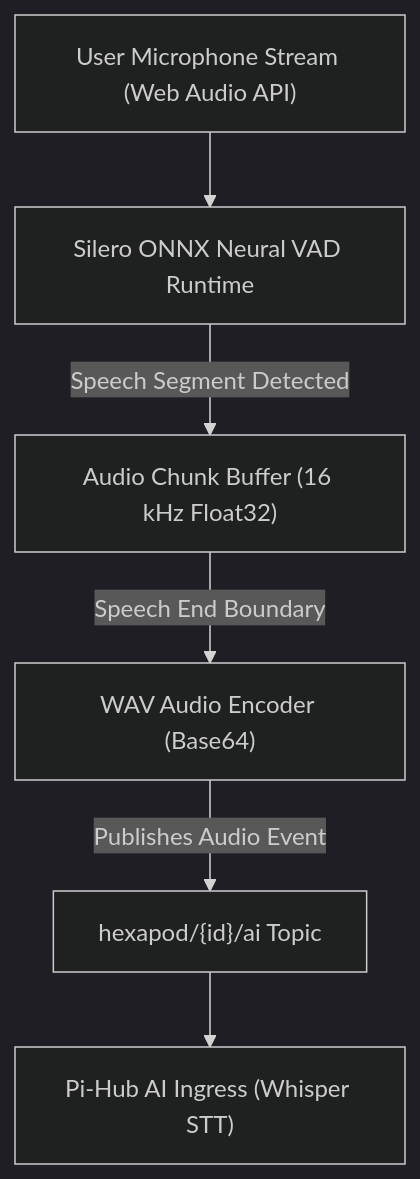
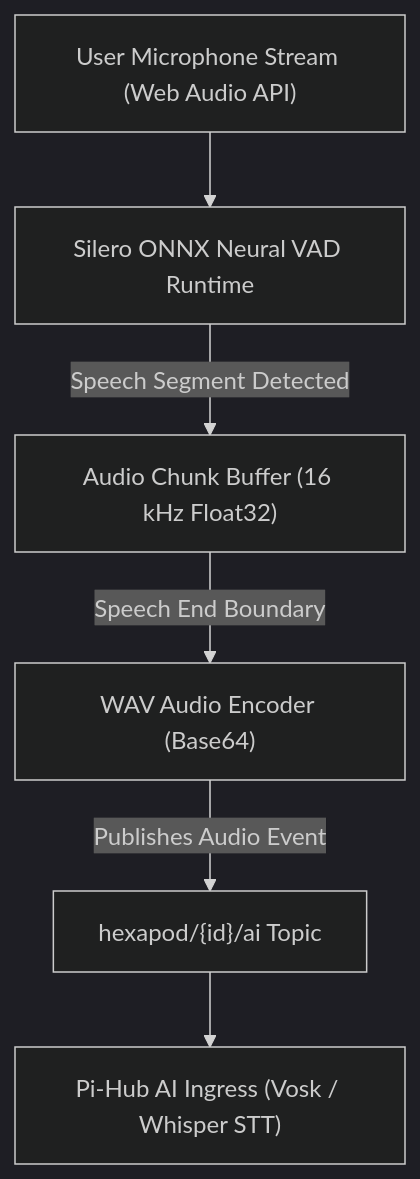
The fourth of 4 diagrams in src/content/docs/07-web-3d-dashboard.md (GrrGrrMan/spider-blog), drawn with Mermaid (dark theme) before and after one commit. The commit also changed other lines of this file and 39 other files, not shown here.

````diff
--- a/src/content/docs/07-web-3d-dashboard.md
+++ b/src/content/docs/07-web-3d-dashboard.md
@@ -108,12 +108,12 @@
 ```mermaid
 flowchart TD
     MIC["User Microphone Stream (Web Audio API)"] --> VAD_ENGINE["Silero ONNX Neural VAD Runtime"]
     
     VAD_ENGINE -->|Speech Segment Detected| BUFFER["Audio Chunk Buffer (16 kHz Float32)"]
     
     BUFFER -->|Speech End Boundary| ENCODER["WAV Audio Encoder (Base64)"]
     
     ENCODER -->|Publishes Audio Event| MQTT_MSG["hexapod/{id}/ai Topic"]
     
-    MQTT_MSG --> PI_AI["Pi-Hub AI Ingress (Whisper STT)"]
+    MQTT_MSG --> PI_AI["Pi-Hub AI Ingress (Vosk / Whisper STT)"]
 ```
````
